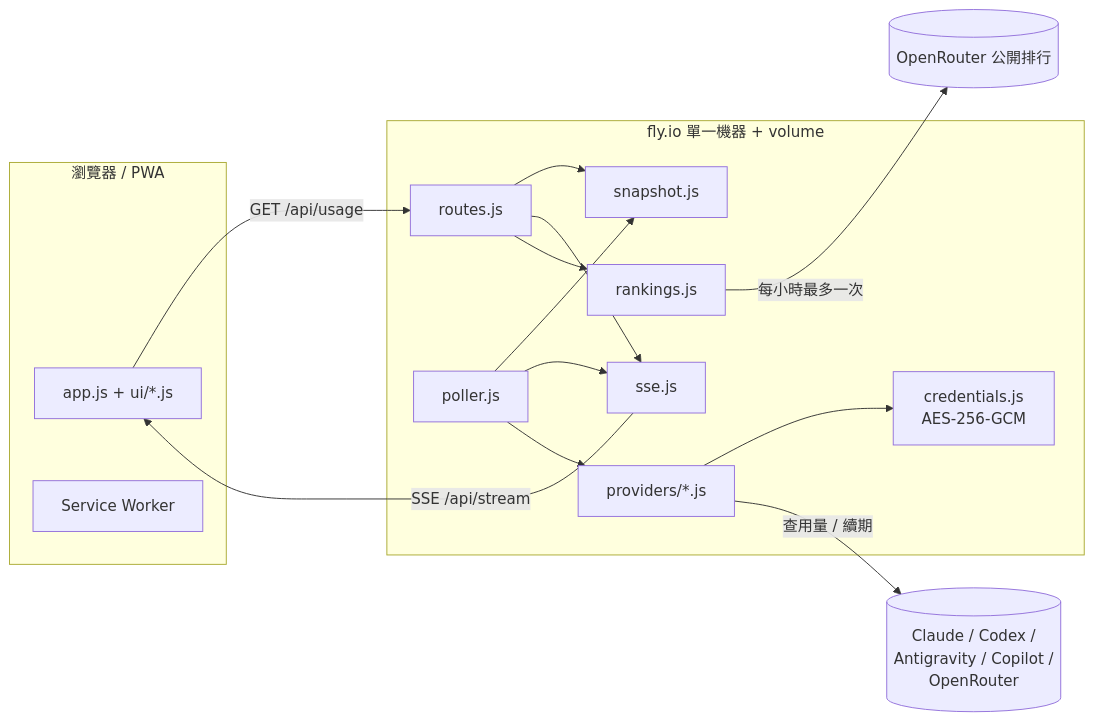
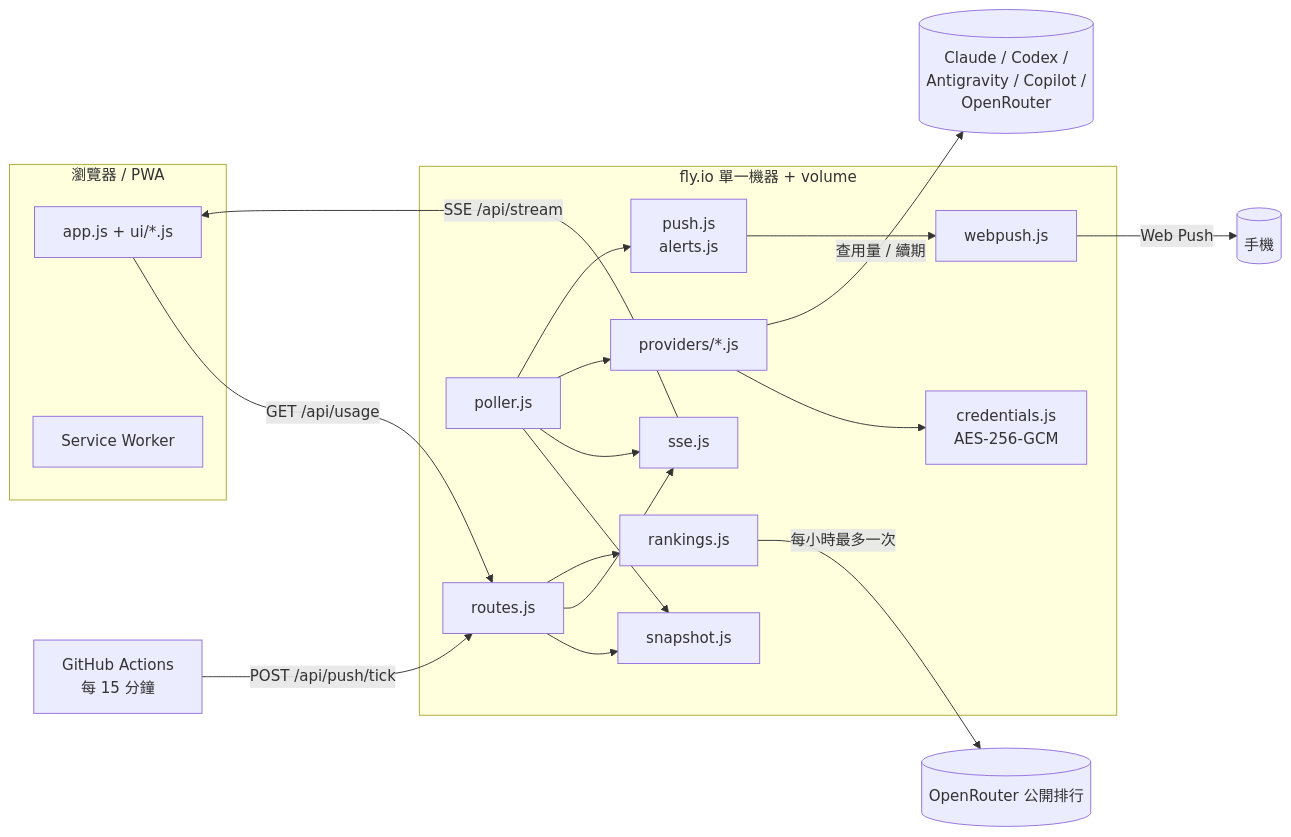
One commit to Teng91/ai-usageweb changed the diagram in docs/TECHNICAL.md. Above: the diagram before and after it, drawn with Mermaid. The commit also changed other lines of this file and 27 other files, not shown here.

First line of the commit message:
修推播與輪詢的潛在 bug、收斂環境變數與卡片順序、拆分像素圖產生器、更新文件

````diff
--- a/docs/TECHNICAL.md
+++ b/docs/TECHNICAL.md
@@ -51,20 +51,24 @@
 ```mermaid
 flowchart LR
   subgraph Browser[瀏覽器 / PWA]
     UI[app.js + ui/*.js]
     SW[Service Worker]
   end
   subgraph Fly[fly.io 單一機器 + volume]
     R[routes.js] --> S[snapshot.js]
     R --> H[sse.js]
     P[poller.js] --> S
     P --> H
     P --> AD[providers/*.js]
     AD --> C[credentials.js<br/>AES-256-GCM]
     R --> RK[rankings.js]
+    P --> PS[push.js<br/>alerts.js]
+    PS --> WP[webpush.js]
   end
+  GH[GitHub Actions<br/>每 15 分鐘] -- POST /api/push/tick --> R
+  WP -- Web Push --> PHONE[(手機)]
   UI -- GET /api/usage --> R
   H -- SSE /api/stream --> UI
   AD -- 查用量 / 續期 --> EXT[(Claude / Codex /<br/>Antigravity / Copilot /<br/>OpenRouter)]
   RK -- 每小時最多一次 --> OR[(OpenRouter 公開排行)]
 ```
````
